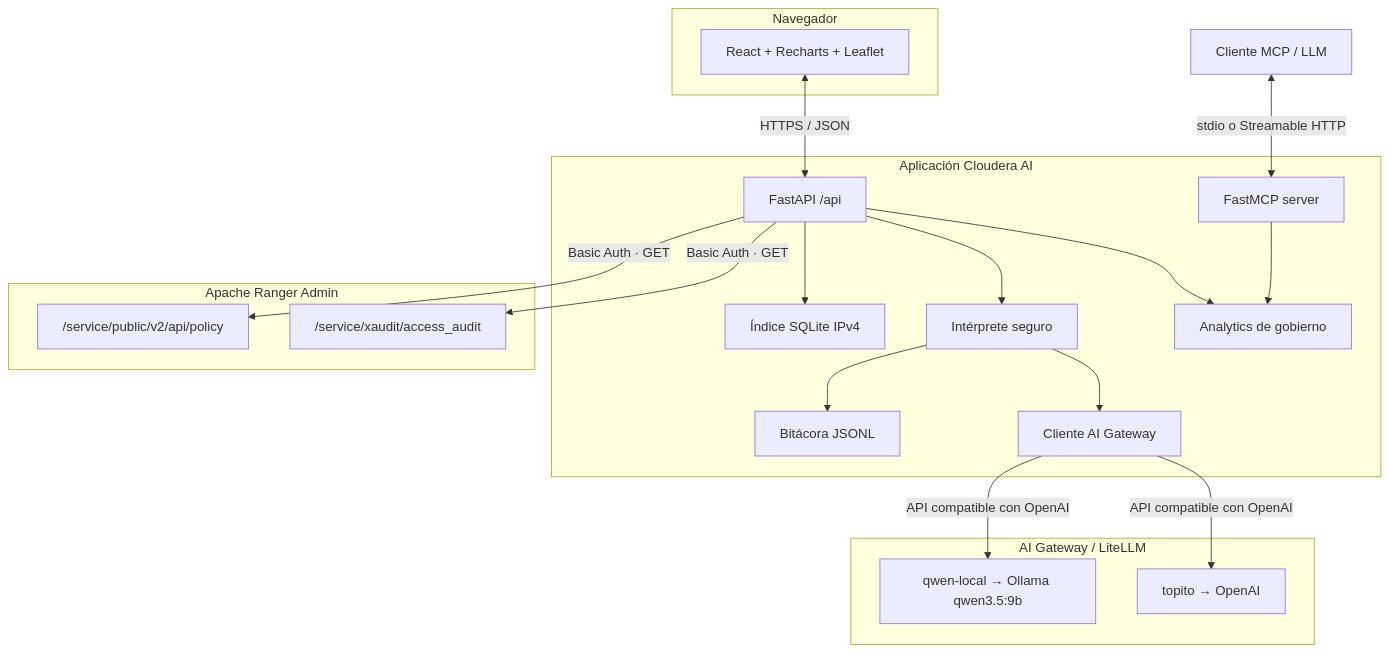
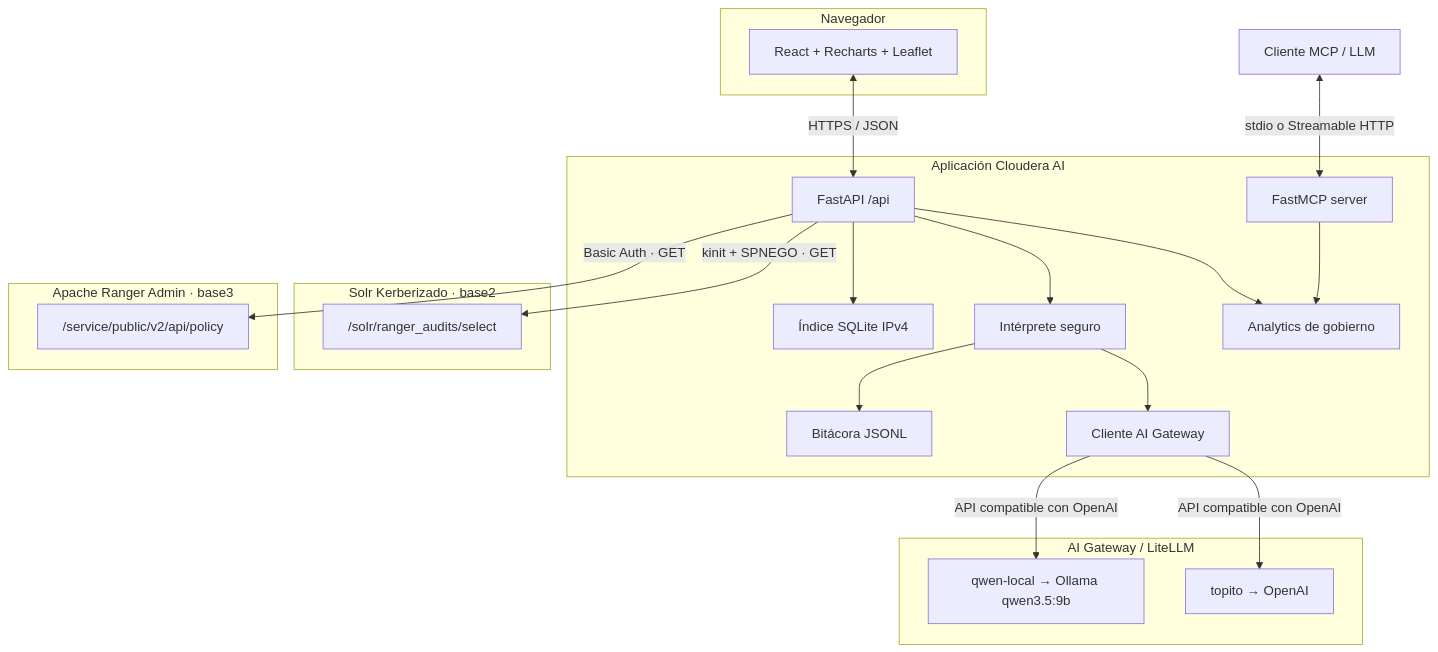
One commit to smerchanmole/amp-ranger-dashboard changed the second of 2 diagrams in README.md. Above: the diagram before and after it, drawn with Mermaid. The commit also changed other lines of this file and 8 other files, not shown here.

Commit message:
feat: read Ranger audits from Kerberized Solr

````diff
--- a/README.md
+++ b/README.md
@@ -104,39 +104,42 @@
 ```mermaid
 flowchart TB
     subgraph Browser["Navegador"]
         UI["React + Recharts + Leaflet"]
     end
 
     subgraph App["Aplicación Cloudera AI"]
         API["FastAPI /api"]
         GOV["Analytics de gobierno"]
         CHAT["Intérprete seguro"]
         GATEWAY["Cliente AI Gateway"]
         GEO["Índice SQLite IPv4"]
         AUDIT["Bitácora JSONL"]
         MCPS["FastMCP server"]
         API --> GOV
         API --> CHAT
         CHAT --> GATEWAY
         API --> GEO
         CHAT --> AUDIT
         MCPS --> GOV
     end
 
-    subgraph Ranger["Apache Ranger Admin"]
-        XA["/service/xaudit/access_audit"]
+    subgraph Solr["Solr Kerberizado · base2"]
+        XA["/solr/ranger_audits/select"]
+    end
+
+    subgraph Ranger["Apache Ranger Admin · base3"]
         PO["/service/public/v2/api/policy"]
     end
 
     subgraph AI["AI Gateway / LiteLLM"]
         TOPITO["topito → OpenAI"]
         QWEN["qwen-local → Ollama qwen3.5:9b"]
     end
 
     UI <-->|"HTTPS / JSON"| API
-    API -->|"Basic Auth · GET"| XA
+    API -->|"kinit + SPNEGO · GET"| XA
     API -->|"Basic Auth · GET"| PO
     GATEWAY -->|"API compatible con OpenAI"| TOPITO
     GATEWAY -->|"API compatible con OpenAI"| QWEN
     AGENT["Cliente MCP / LLM"] <-->|"stdio o Streamable HTTP"| MCPS
 ```
````
